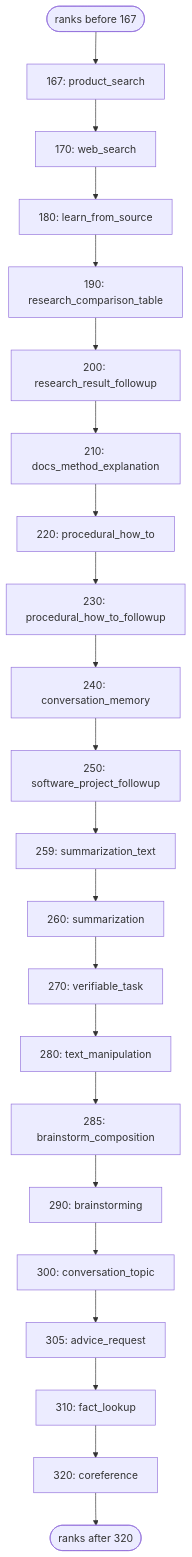
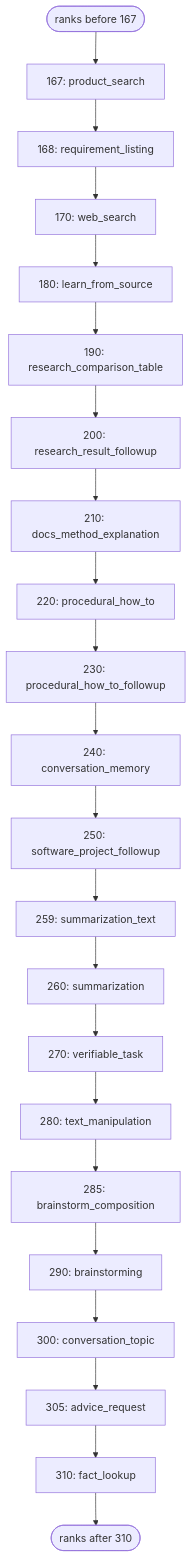
One commit to link-assistant/formal-ai changed the third of 6 diagrams in docs/diagrams/solver-handlers.md. Above: the diagram before and after it, drawn with Mermaid. The commit also changed other lines of this file and 406 other files, not shown here.

````diff
--- a/docs/diagrams/solver-handlers.md
+++ b/docs/diagrams/solver-handlers.md
@@ -114,25 +114,25 @@
 ```mermaid
 flowchart TD
     before_3(["ranks before 167"])
     before_3 --> h_product_search["167: product_search"]
-    h_product_search --> h_web_search["170: web_search"]
+    h_product_search --> h_requirement_listing["168: requirement_listing"]
+    h_requirement_listing --> h_web_search["170: web_search"]
     h_web_search --> h_learn_from_source["180: learn_from_source"]
     h_learn_from_source --> h_research_comparison_table["190: research_comparison_table"]
     h_research_comparison_table --> h_research_result_followup["200: research_result_followup"]
     h_research_result_followup --> h_docs_method_explanation["210: docs_method_explanation"]
     h_docs_method_explanation --> h_procedural_how_to["220: procedural_how_to"]
     h_procedural_how_to --> h_procedural_how_to_followup["230: procedural_how_to_followup"]
     h_procedural_how_to_followup --> h_conversation_memory["240: conversation_memory"]
     h_conversation_memory --> h_software_project_followup["250: software_project_followup"]
     h_software_project_followup --> h_summarization_text["259: summarization_text"]
     h_summarization_text --> h_summarization["260: summarization"]
     h_summarization --> h_verifiable_task["270: verifiable_task"]
     h_verifiable_task --> h_text_manipulation["280: text_manipulation"]
     h_text_manipulation --> h_brainstorm_composition["285: brainstorm_composition"]
     h_brainstorm_composition --> h_brainstorming["290: brainstorming"]
     h_brainstorming --> h_conversation_topic["300: conversation_topic"]
     h_conversation_topic --> h_advice_request["305: advice_request"]
     h_advice_request --> h_fact_lookup["310: fact_lookup"]
-    h_fact_lookup --> h_coreference["320: coreference"]
-    h_coreference --> after_3(["ranks after 320"])
+    h_fact_lookup --> after_3(["ranks after 310"])
 ```
````
